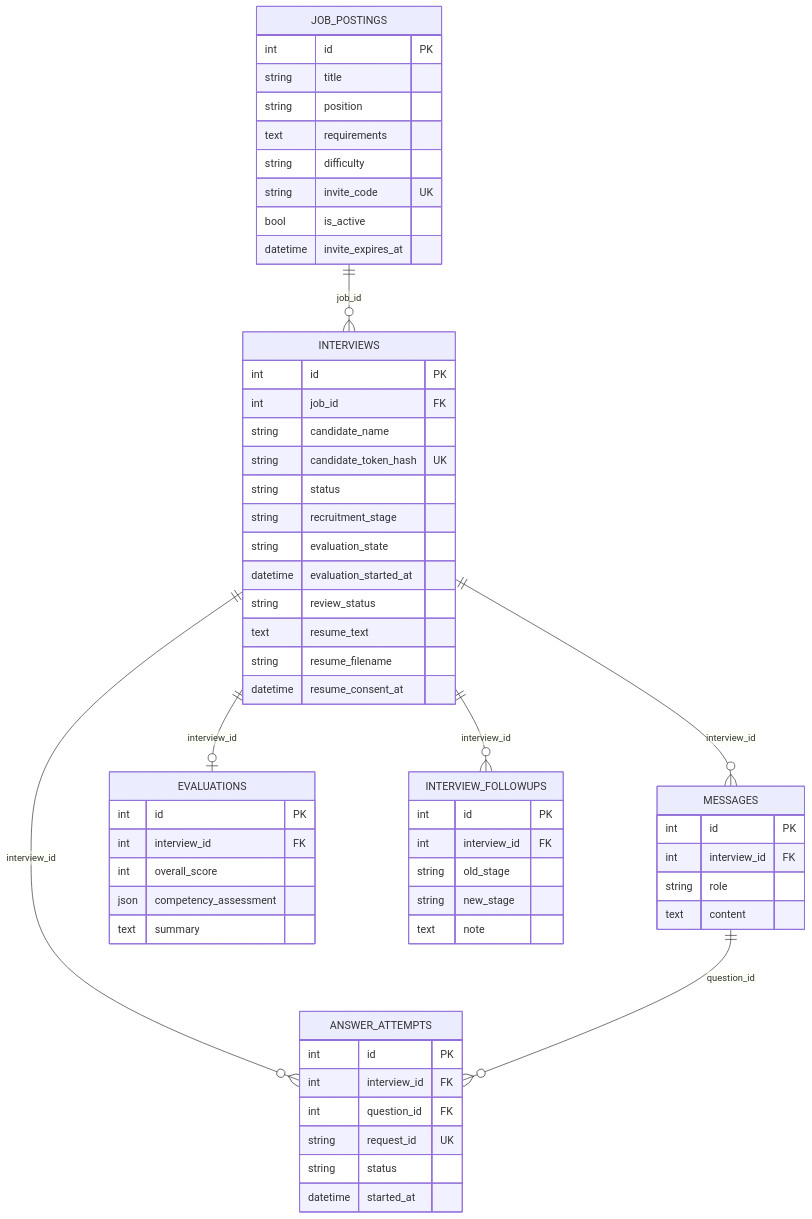
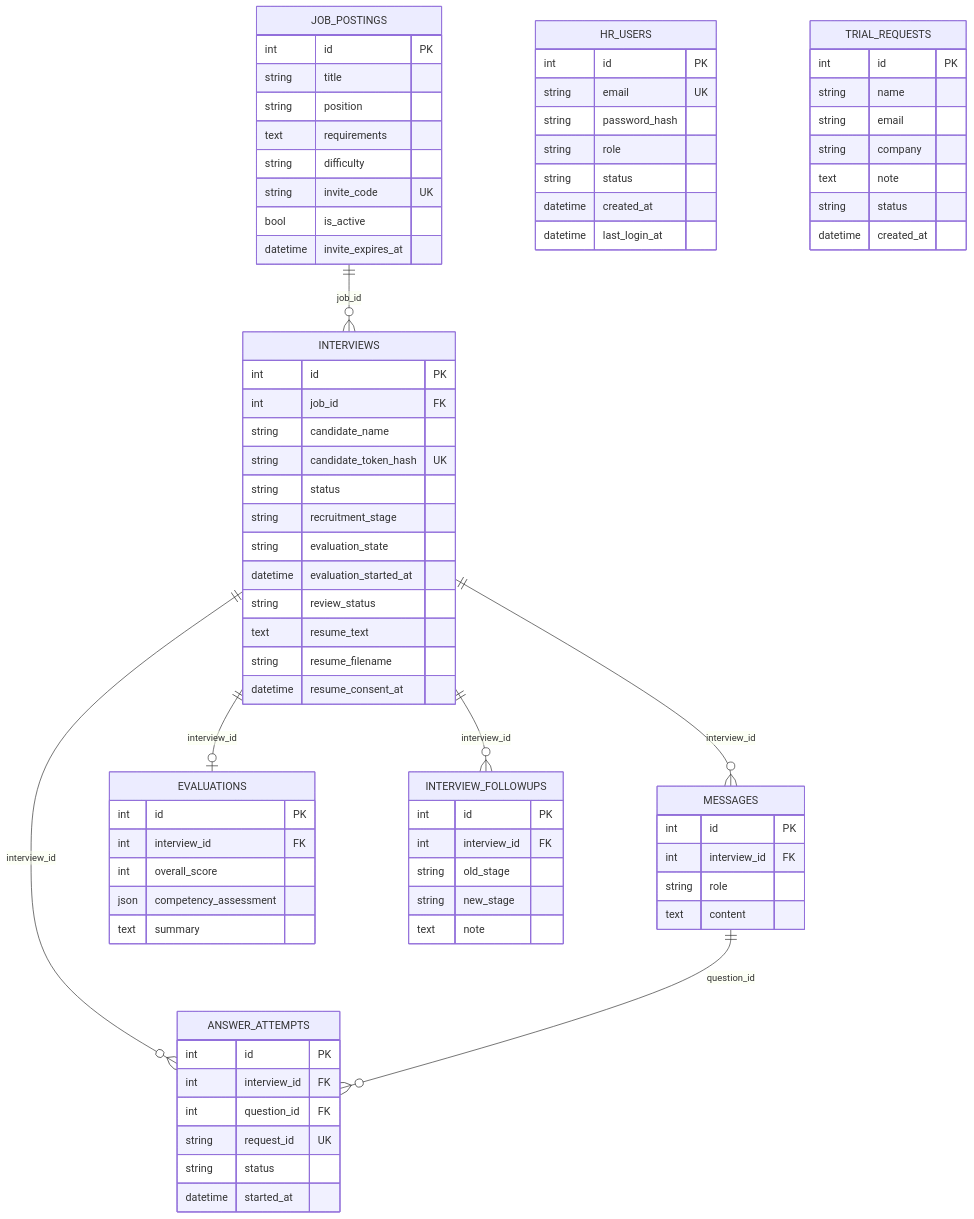
The second of 2 diagrams in README.md (yzq050321/InterviewPilot), drawn with Mermaid before and after one commit. The commit also changed other lines of this file and 19 other files, not shown here.

````diff
--- a/README.md
+++ b/README.md
@@ -268,62 +285,80 @@
 ```mermaid
 erDiagram
     JOB_POSTINGS ||--o{ INTERVIEWS : "job_id"
     INTERVIEWS ||--o{ MESSAGES : "interview_id"
     INTERVIEWS ||--o| EVALUATIONS : "interview_id"
     INTERVIEWS ||--o{ INTERVIEW_FOLLOWUPS : "interview_id"
     INTERVIEWS ||--o{ ANSWER_ATTEMPTS : "interview_id"
     MESSAGES ||--o{ ANSWER_ATTEMPTS : "question_id"
 
     JOB_POSTINGS {
         int id PK
         string title
         string position
         text requirements
         string difficulty
         string invite_code UK
         bool is_active
         datetime invite_expires_at
     }
     INTERVIEWS {
         int id PK
         int job_id FK
         string candidate_name
         string candidate_token_hash UK
         string status
         string recruitment_stage
         string evaluation_state
         datetime evaluation_started_at
         string review_status
         text resume_text
         string resume_filename
         datetime resume_consent_at
     }
     MESSAGES {
         int id PK
         int interview_id FK
         string role
         text content
     }
     EVALUATIONS {
         int id PK
         int interview_id FK
         int overall_score
         json competency_assessment
         text summary
     }
     INTERVIEW_FOLLOWUPS {
         int id PK
         int interview_id FK
         string old_stage
         string new_stage
         text note
     }
     ANSWER_ATTEMPTS {
         int id PK
         int interview_id FK
         int question_id FK
         string request_id UK
         string status
         datetime started_at
     }
+    HR_USERS {
+        int id PK
+        string email UK
+        string password_hash
+        string role
+        string status
+        datetime created_at
+        datetime last_login_at
+    }
+    TRIAL_REQUESTS {
+        int id PK
+        string name
+        string email
+        string company
+        text note
+        string status
+        datetime created_at
+    }
 ```
````
